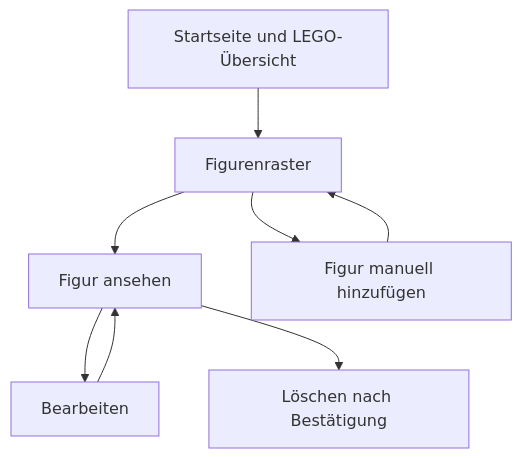
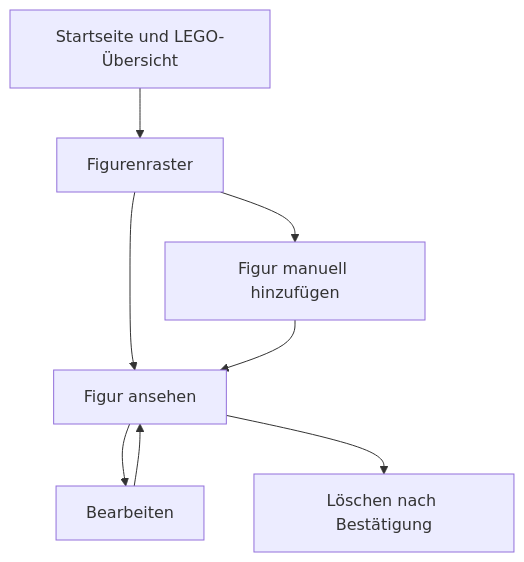
Before and after one commit to codePfosten/sammel-webapp: the first of 2 diagrams in PROJECT_FLOW.md, drawn with Mermaid.

Commit message:
docs: fix flow arrow after save

````diff
--- a/PROJECT_FLOW.md
+++ b/PROJECT_FLOW.md
@@ -4,10 +4,10 @@
 ```mermaid
 flowchart TD
   A[Startseite und LEGO-Übersicht] --> B[Figurenraster]
   B --> C[Figur ansehen]
   B --> D[Figur manuell hinzufügen]
   C --> E[Bearbeiten]
   C --> F[Löschen nach Bestätigung]
-  D --> B
+  D --> C
   E --> C
 ```
````
